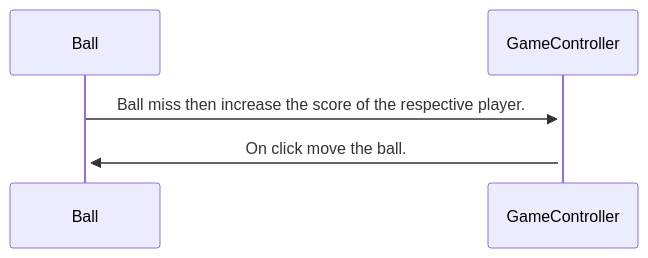
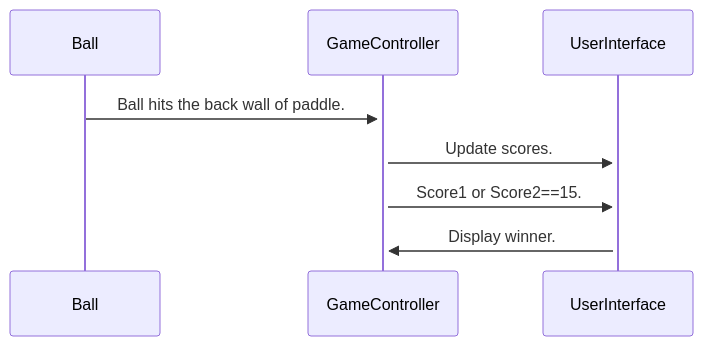
The third of 3 diagrams in Stage0/sequence-start.md (Engin-Boot/pong-stage-anjalimnnit), drawn with Mermaid before and after one commit. The commit also changed other lines of this file and 4 other files, not shown here.

Commit message:
updated sequence diagram

````diff
--- a/Stage0/sequence-start.md
+++ b/Stage0/sequence-start.md
@@ -22,6 +30,7 @@
 ```mermaid
 sequenceDiagram
-Ball->>+GameController: Ball miss then increase the score of the respective player.
-GameController->>+Ball: On click move the ball.
-
+Ball->>+GameController: Ball hits the back wall of paddle.
+GameController->>+UserInterface: Update scores.
+GameController->>+UserInterface: Score1 or Score2==15.
+UserInterface->>+GameController: Display winner.
 ```
````
